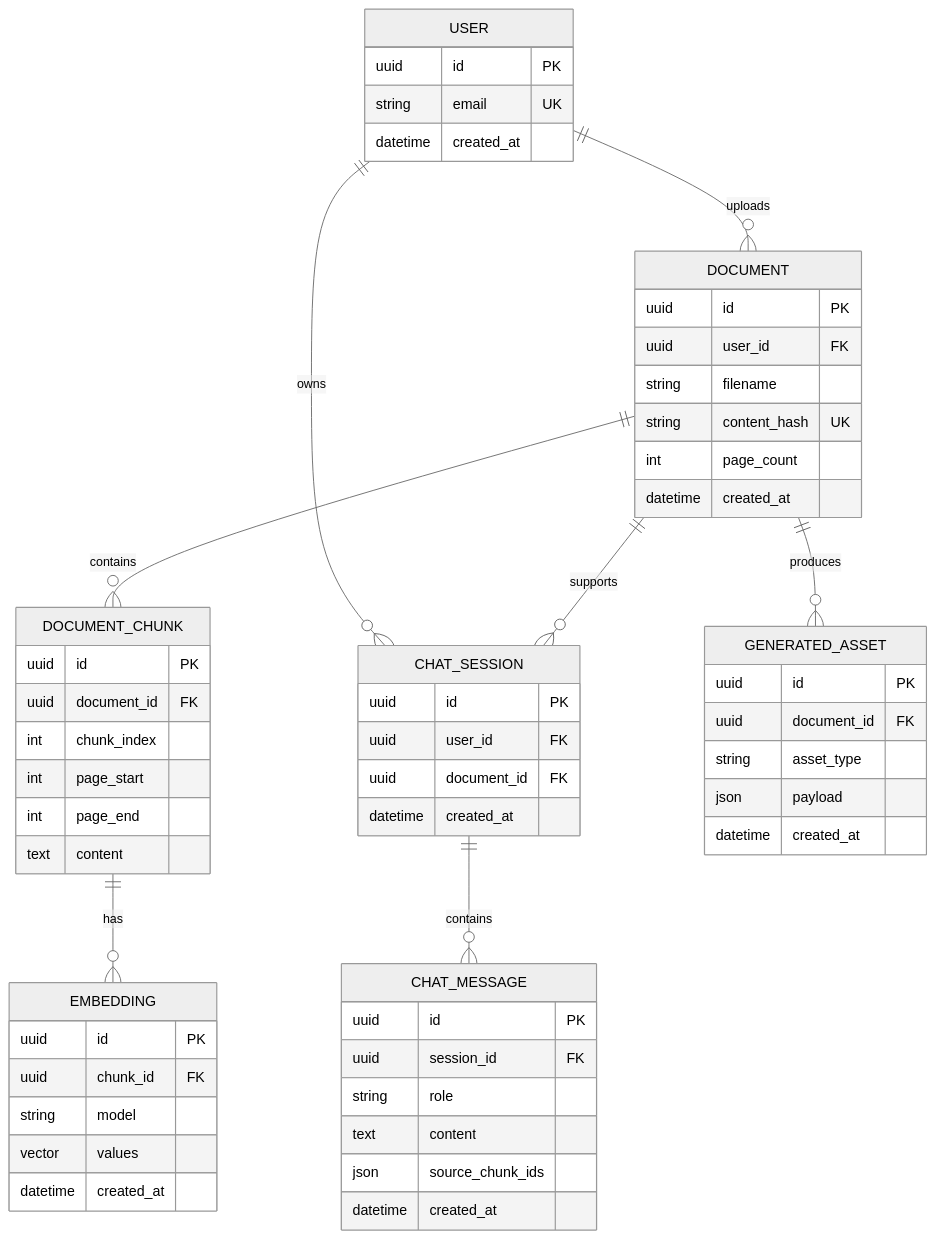
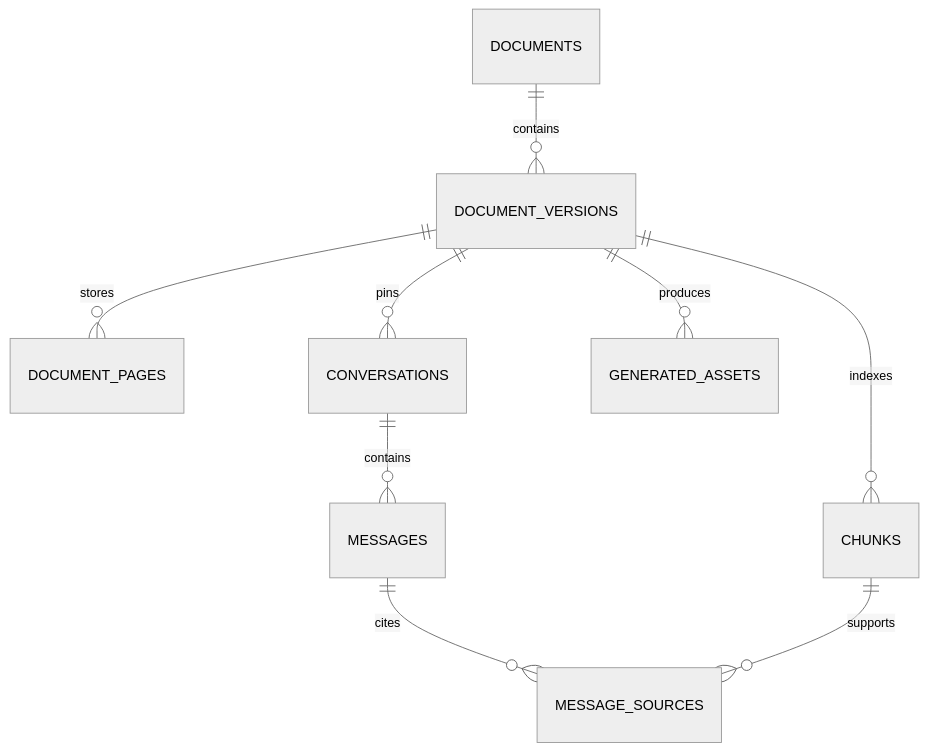
The third of 3 diagrams in docs/requirements-and-design.md (atharv-lalage/NoteBot), drawn with Mermaid (neutral theme) before and after one commit. The commit also changed other lines of this file and 2 other files, not shown here.

````diff
--- a/docs/requirements-and-design.md
+++ b/docs/requirements-and-design.md
@@ -129,60 +147,11 @@
 ```mermaid
 erDiagram
-    USER ||--o{ DOCUMENT : uploads
-    DOCUMENT ||--o{ DOCUMENT_CHUNK : contains
-    DOCUMENT_CHUNK ||--o{ EMBEDDING : has
-    USER ||--o{ CHAT_SESSION : owns
-    CHAT_SESSION ||--o{ CHAT_MESSAGE : contains
-    DOCUMENT ||--o{ CHAT_SESSION : supports
-    DOCUMENT ||--o{ GENERATED_ASSET : produces
-
-    USER {
-        uuid id PK
-        string email UK
-        datetime created_at
-    }
-    DOCUMENT {
-        uuid id PK
-        uuid user_id FK
-        string filename
-        string content_hash UK
-        int page_count
-        datetime created_at
-    }
-    DOCUMENT_CHUNK {
-        uuid id PK
-        uuid document_id FK
-        int chunk_index
-        int page_start
-        int page_end
-        text content
-    }
-    EMBEDDING {
-        uuid id PK
-        uuid chunk_id FK
-        string model
-        vector values
-        datetime created_at
-    }
-    CHAT_SESSION {
-        uuid id PK
-        uuid user_id FK
-        uuid document_id FK
-        datetime created_at
-    }
-    CHAT_MESSAGE {
-        uuid id PK
-        uuid session_id FK
-        string role
-        text content
-        json source_chunk_ids
-        datetime created_at
-    }
-    GENERATED_ASSET {
-        uuid id PK
-        uuid document_id FK
-        string asset_type
-        json payload
-        datetime created_at
-    }
+    DOCUMENTS ||--o{ DOCUMENT_VERSIONS : contains
+    DOCUMENT_VERSIONS ||--o{ DOCUMENT_PAGES : stores
+    DOCUMENT_VERSIONS ||--o{ CHUNKS : indexes
+    DOCUMENT_VERSIONS ||--o{ CONVERSATIONS : pins
+    CONVERSATIONS ||--o{ MESSAGES : contains
+    MESSAGES ||--o{ MESSAGE_SOURCES : cites
+    DOCUMENT_VERSIONS ||--o{ GENERATED_ASSETS : produces
+    CHUNKS ||--o{ MESSAGE_SOURCES : supports
 ```
````
